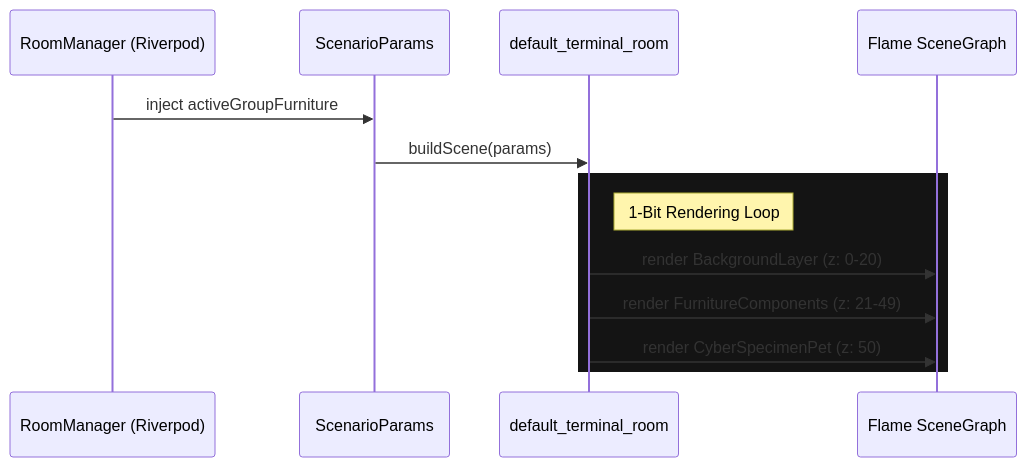
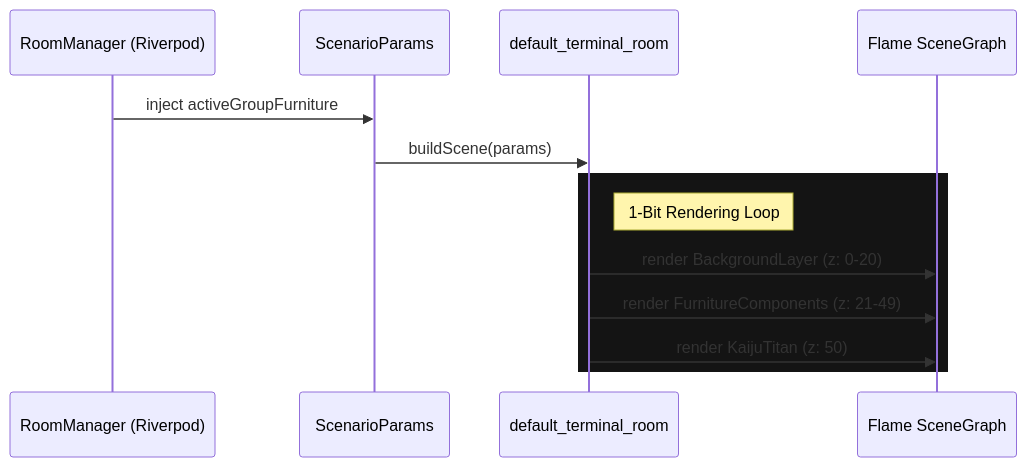
Before and after one commit to TheMrCorvy/HATCH.REF: the diagram in Documentation/Furniture/03-furniture-placement-and-rendering.md, drawn with Mermaid. The commit also changed other lines of this file and 34 other files, not shown here.

````diff
--- a/Documentation/Furniture/03-furniture-placement-and-rendering.md
+++ b/Documentation/Furniture/03-furniture-placement-and-rendering.md
@@ -7,17 +7,17 @@
 ```mermaid
 sequenceDiagram
     participant RM as RoomManager (Riverpod)
     participant SP as ScenarioParams
     participant DTR as default_terminal_room
     participant SG as Flame SceneGraph
     
     RM->>SP: inject activeGroupFurniture
     SP->>DTR: buildScene(params)
     
     rect rgb(20, 20, 20)
     note right of DTR: 1-Bit Rendering Loop
     DTR->>SG: render BackgroundLayer (z: 0-20)
     DTR->>SG: render FurnitureComponents (z: 21-49)
-    DTR->>SG: render CyberSpecimenPet (z: 50)
+    DTR->>SG: render KaijuTitan (z: 50)
     end
 ```
````
